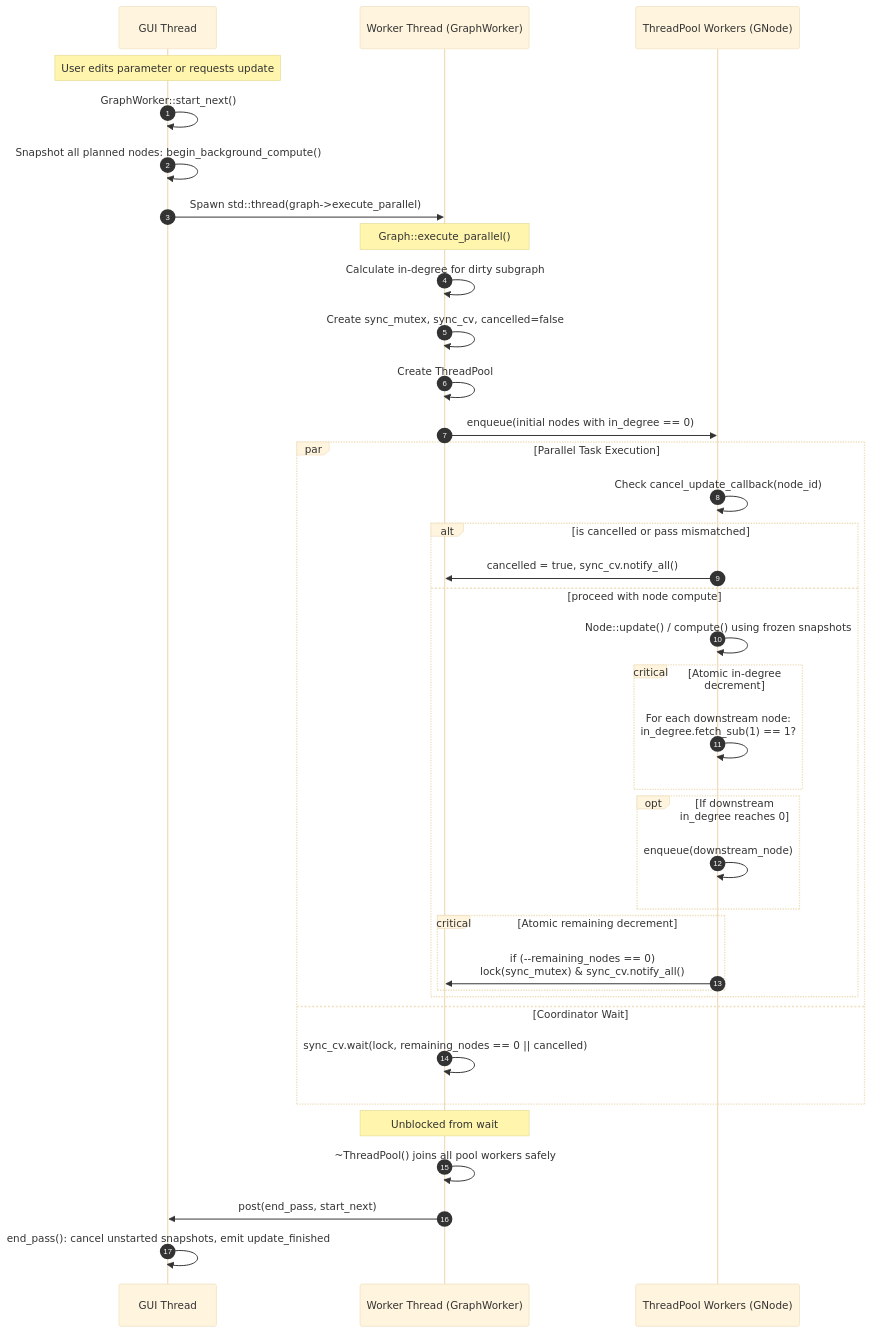
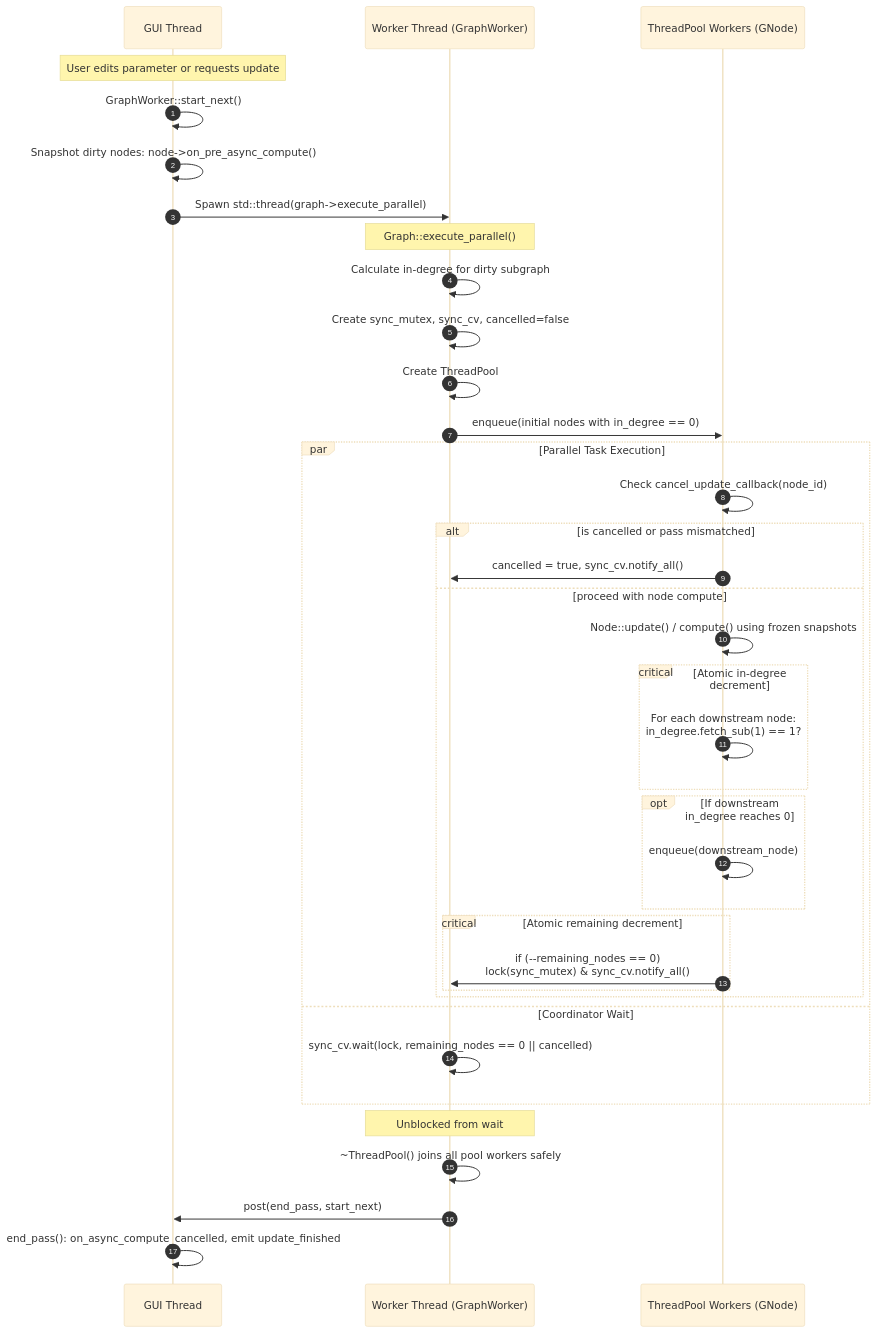
One commit to ottolink-dev/Hesiod changed the second of 4 diagrams in docs/design/async_update_architecture/README.md. Above: the diagram before and after it, drawn with Mermaid (base theme). The commit also changed other lines of this file and 19 other files, not shown here.

Commit message:
refactor: migrate GraphWorker to GNode and update architecture docs

````diff
--- a/docs/design/async_update_architecture/README.md
+++ b/docs/design/async_update_architecture/README.md
@@ -64,43 +69,43 @@
 ```mermaid
 sequenceDiagram
     autonumber
     participant GUI as GUI Thread
     participant WT as Worker Thread (GraphWorker)
     participant TP as ThreadPool Workers (GNode)
 
     Note over GUI: User edits parameter or requests update
     GUI->>GUI: GraphWorker::start_next()
-    GUI->>GUI: Snapshot all planned nodes: begin_background_compute()
+    GUI->>GUI: Snapshot dirty nodes: node->on_pre_async_compute()
     GUI->>WT: Spawn std::thread(graph->execute_parallel)
 
     Note over WT: Graph::execute_parallel()
     WT->>WT: Calculate in-degree for dirty subgraph
     WT->>WT: Create sync_mutex, sync_cv, cancelled=false
     WT->>WT: Create ThreadPool
     WT->>TP: enqueue(initial nodes with in_degree == 0)
 
     par Parallel Task Execution
         TP->>TP: Check cancel_update_callback(node_id)
         alt is cancelled or pass mismatched
             TP->>WT: cancelled = true, sync_cv.notify_all()
         else proceed with node compute
             TP->>TP: Node::update() / compute() using frozen snapshots
             critical Atomic in-degree decrement
                 TP->>TP: For each downstream node:<br/>in_degree.fetch_sub(1) == 1?
             end
             opt If downstream in_degree reaches 0
                 TP->>TP: enqueue(downstream_node)
             end
             critical Atomic remaining decrement
                 TP->>WT: if (--remaining_nodes == 0)<br/>lock(sync_mutex) & sync_cv.notify_all()
             end
         end
     and Coordinator Wait
         WT->>WT: sync_cv.wait(lock, remaining_nodes == 0 || cancelled)
     end
 
     Note over WT: Unblocked from wait
     WT->>WT: ~ThreadPool() joins all pool workers safely
     WT->>GUI: post(end_pass, start_next)
-    GUI->>GUI: end_pass(): cancel unstarted snapshots, emit update_finished
+    GUI->>GUI: end_pass(): on_async_compute_cancelled, emit update_finished
 ```
````
